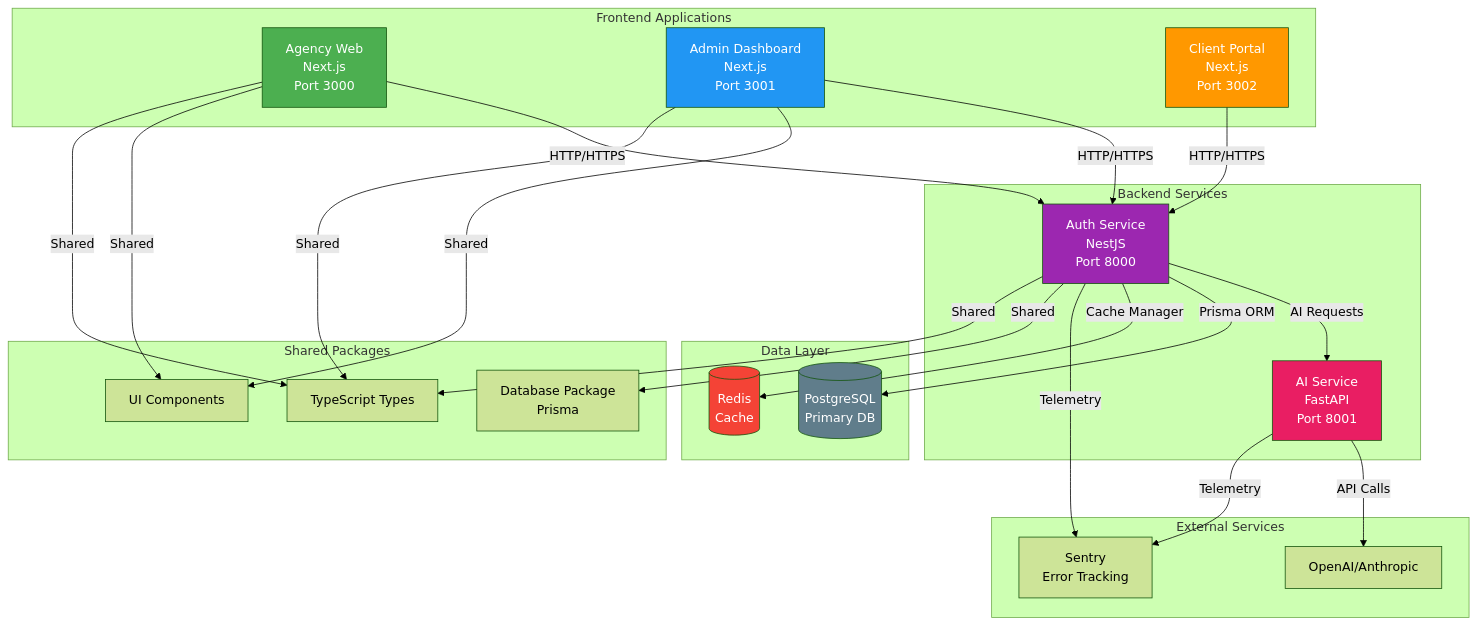
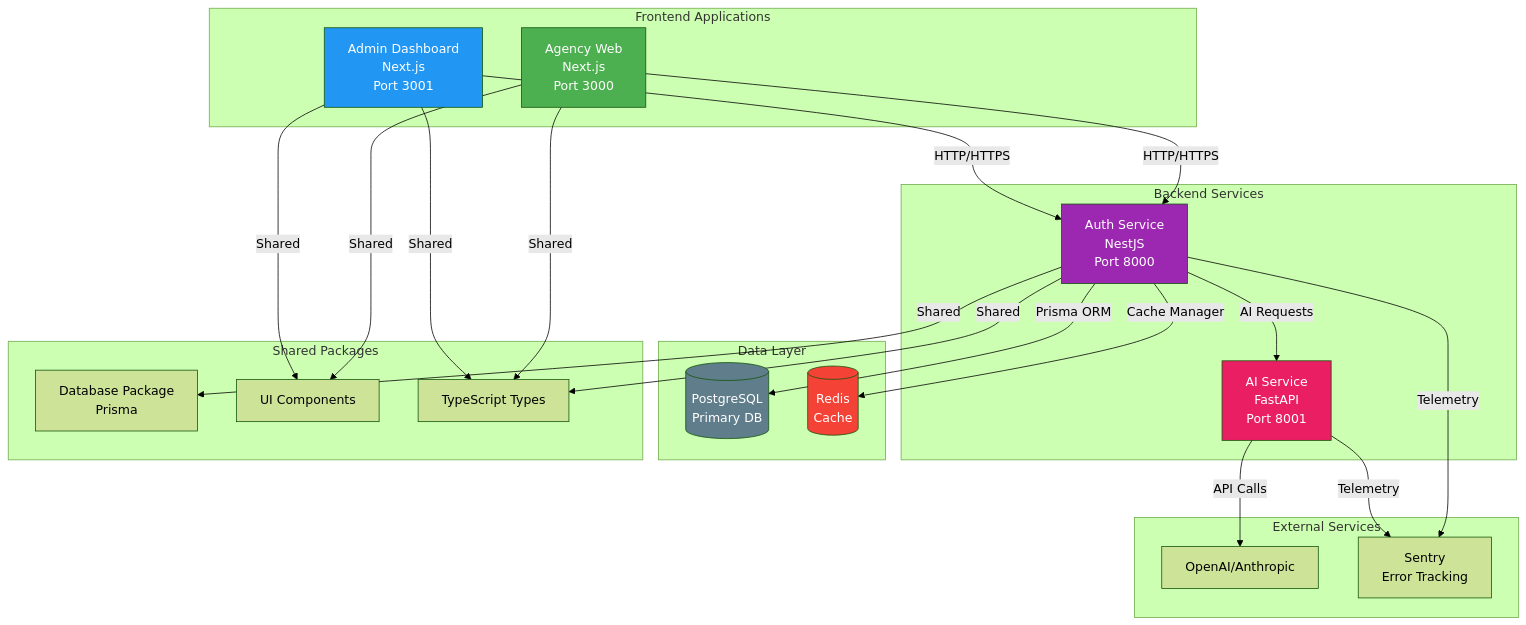
One commit to abx15/trifusiondynamics changed the diagram in README.md. Above: the diagram before and after it, drawn with Mermaid (forest theme). The commit also changed other lines of this file and 4 other files, not shown here.

````diff
--- a/README.md
+++ b/README.md
@@ -7,57 +7,54 @@
 ```mermaid
 graph TB
     subgraph "Frontend Applications"
         A[Agency Web<br/>Next.js<br/>Port 3000]
         B[Admin Dashboard<br/>Next.js<br/>Port 3001]
-        C[Client Portal<br/>Next.js<br/>Port 3002]
     end
 
     subgraph "Backend Services"
         D[Auth Service<br/>NestJS<br/>Port 8000]
         E[AI Service<br/>FastAPI<br/>Port 8001]
     end
 
     subgraph "Data Layer"
         F[(PostgreSQL<br/>Primary DB)]
         H[(Redis<br/>Cache)]
     end
 
     subgraph "External Services"
         I[OpenAI/Anthropic]
         J[Sentry<br/>Error Tracking]
     end
 
     subgraph "Shared Packages"
         K[Database Package<br/>Prisma]
         L[UI Components]
         M[TypeScript Types]
     end
 
     %% Connections
     A -->|HTTP/HTTPS| D
     B -->|HTTP/HTTPS| D
-    C -->|HTTP/HTTPS| D
 
     D -->|AI Requests| E
     D -->|Prisma ORM| F
     D -->|Cache Manager| H
     D -->|Telemetry| J
 
     E -->|API Calls| I
     E -->|Telemetry| J
 
     D -->|Shared| K
     A -->|Shared| L
     B -->|Shared| L
     D -->|Shared| M
     A -->|Shared| M
     B -->|Shared| M
 
     style A fill:#4CAF50,color:#fff
     style B fill:#2196F3,color:#fff
-    style C fill:#FF9800,color:#fff
     style D fill:#9C27B0,color:#fff
     style E fill:#E91E63,color:#fff
     style F fill:#607D8B,color:#fff
     style H fill:#F44336,color:#fff
 ```
````
